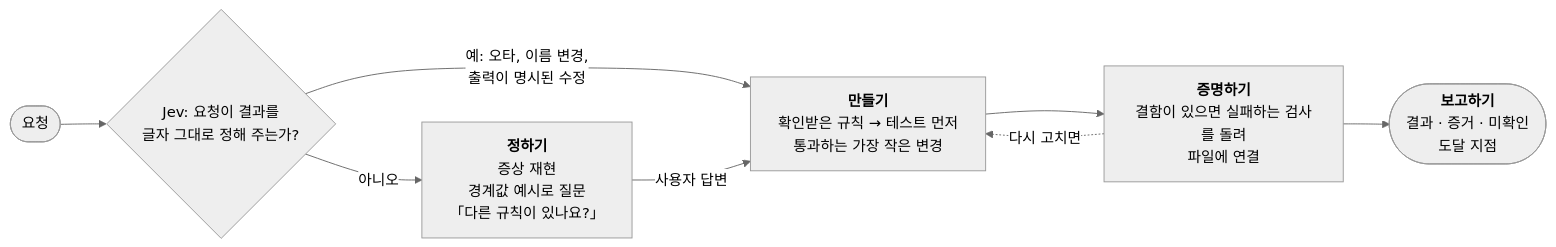
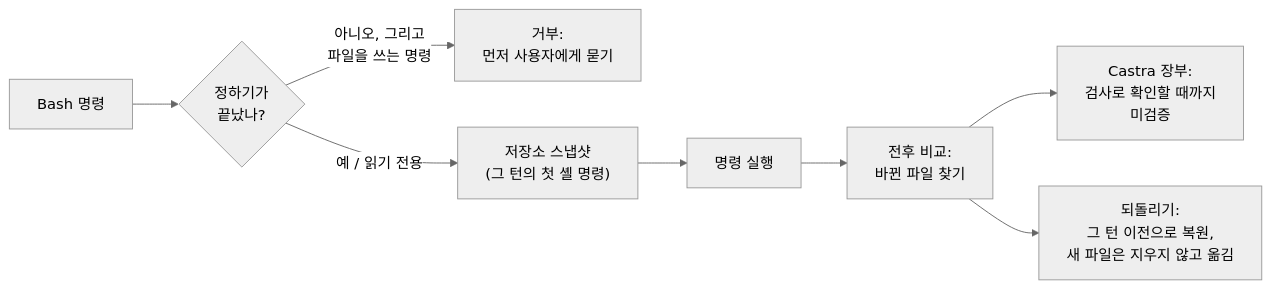
Before and after one commit to beyondworks/lean-forge-55: the diagram in README.ko.md, drawn with Mermaid (neutral theme). The commit also changed other lines of this file and 3 other files, not shown here.

````diff
--- a/README.ko.md
+++ b/README.ko.md
@@ -35,10 +26,10 @@
 ```mermaid
 flowchart LR
-    R([요청]) --> J{"Jev: 요청이 결과를<br/>글자 그대로 정해 주는가?"}
-    J -- "예: 오타, 이름 변경,<br/>출력이 명시된 수정" --> B
-    J -- "아니오" --> S["<b>정하기</b><br/>증상 재현<br/>경계값 예시로 질문<br/>「다른 규칙이 있나요?」"]
-    S -- "사용자 답변" --> B["<b>만들기</b><br/>확인받은 규칙 → 테스트 먼저<br/>통과하는 가장 작은 변경"]
-    B --> P["<b>증명하기</b><br/>결함이 있으면 실패하는 검사를 돌려<br/>파일에 연결"]
-    P --> T(["<b>보고하기</b><br/>결과 · 증거 · 미확인<br/>도달 지점"])
-    P -. "다시 고치면" .-> B
+    C["Bash 명령"] --> W{"정하기가<br/>끝났나?"}
+    W -- "아니오, 그리고<br/>파일을 쓰는 명령" --> D["거부:<br/>먼저 사용자에게 묻기"]
+    W -- "예 / 읽기 전용" --> S["저장소 스냅샷<br/>(그 턴의 첫 셸 명령)"]
+    S --> R["명령 실행"]
+    R --> F["전후 비교:<br/>바뀐 파일 찾기"]
+    F --> L["Castra 장부:<br/>검사로 확인할 때까지<br/>미검증"]
+    F --> U["되돌리기:<br/>그 턴 이전으로 복원,<br/>새 파일은 지우지 않고 옮김"]
 ```
````
